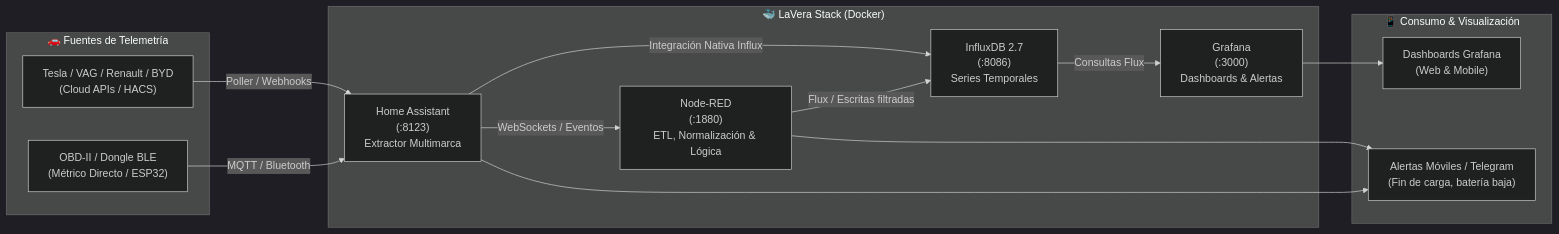
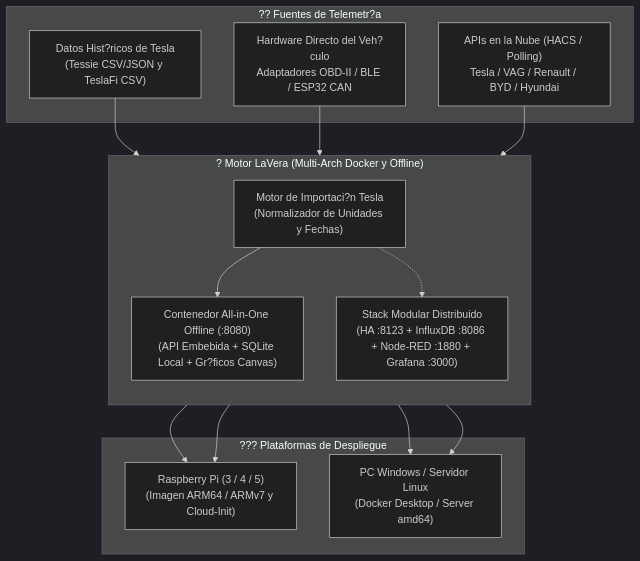
One commit to cast0rtech/LaVera changed the diagram in README.es.md. Above: the diagram before and after it, drawn with Mermaid (dark theme). The commit also changed other lines of this file and 37 other files, not shown here.

Commit message:
feat: Add Tesla importer (Tessie/TeslaFi), multi-arch offline container, Raspberry Pi/Balena flashing, and autostart

````diff
--- a/README.es.md
+++ b/README.es.md
@@ -27,29 +29,38 @@
 ```mermaid
-flowchart LR
-    subgraph Vehiculos ["🚗 Fuentes de Telemetría"]
-        EV1["Tesla / VAG / Renault / BYD\n(Cloud APIs / HACS)"]
-        EV2["OBD-II / Dongle BLE\n(Métrico Directo / ESP32)"]
+flowchart TD
+    subgraph Sources ["?? Fuentes de Telemetr?a"]
+        TeslaHist["Datos Hist?ricos de Tesla
+(Tessie CSV/JSON y TeslaFi CSV)"]
+        OEM["APIs en la Nube (HACS / Polling)
+Tesla / VAG / Renault / BYD / Hyundai"]
+        OBD["Hardware Directo del Veh?culo
+Adaptadores OBD-II / BLE / ESP32 CAN"]
     end
 
-    subgraph Core ["🐳 LaVera Stack (Docker)"]
-        HA["Home Assistant\n(:8123)\nExtractor Multimarca"]
-        NR["Node-RED\n(:1880)\nETL, Normalización & Lógica"]
-        INFLUX["InfluxDB 2.7\n(:8086)\nSeries Temporales"]
-        GRAFANA["Grafana\n(:3000)\nDashboards & Alertas"]
+    subgraph CoreEngine ["? Motor LaVera (Multi-Arch Docker y Offline)"]
+        direction TB
+        Importer["Motor de Importaci?n Tesla
+(Normalizador de Unidades y Fechas)"]
+        AllInOne["Contenedor All-in-One Offline (:8080)
+(API Embebida + SQLite Local + Gr?ficos Canvas)"]
+        ModStack["Stack Modular Distribuido
+(HA :8123 + InfluxDB :8086 + Node-RED :1880 + Grafana :3000)"]
     end
 
-    subgraph Salidas ["📱 Consumo & Visualización"]
-        DASH["Dashboards Grafana\n(Web & Mobile)"]
-        NOTIF["Alertas Móviles / Telegram\n(Fin de carga, batería baja)"]
+    subgraph Targets ["??? Plataformas de Despliegue"]
+        RPi["Raspberry Pi (3 / 4 / 5)
+(Imagen ARM64 / ARMv7 y Cloud-Init)"]
+        WinLin["PC Windows / Servidor Linux
+(Docker Desktop / Server amd64)"]
     end
 
-    EV1 -->|Poller / Webhooks| HA
-    EV2 -->|MQTT / Bluetooth| HA
-    HA -->|Integración Nativa Influx| INFLUX
-    HA -->|WebSockets / Eventos| NR
-    NR -->|Flux / Escritas filtradas| INFLUX
-    INFLUX -->|Consultas Flux| GRAFANA
-    GRAFANA --> DASH
-    NR --> NOTIF
-    HA --> NOTIF
+    TeslaHist --> Importer
+    Importer --> AllInOne
+    Importer -.-> ModStack
+    OBD --> AllInOne
+    OEM --> ModStack
+    AllInOne --> RPi
+    AllInOne --> WinLin
+    ModStack --> WinLin
+    ModStack --> RPi
 ```
````
